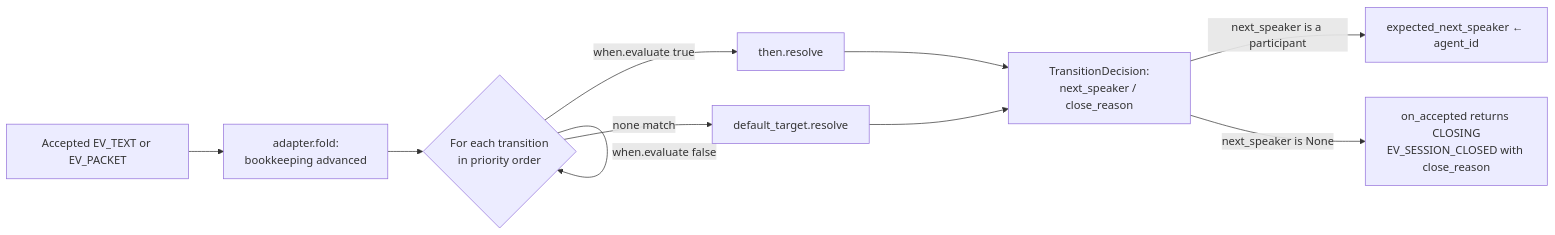
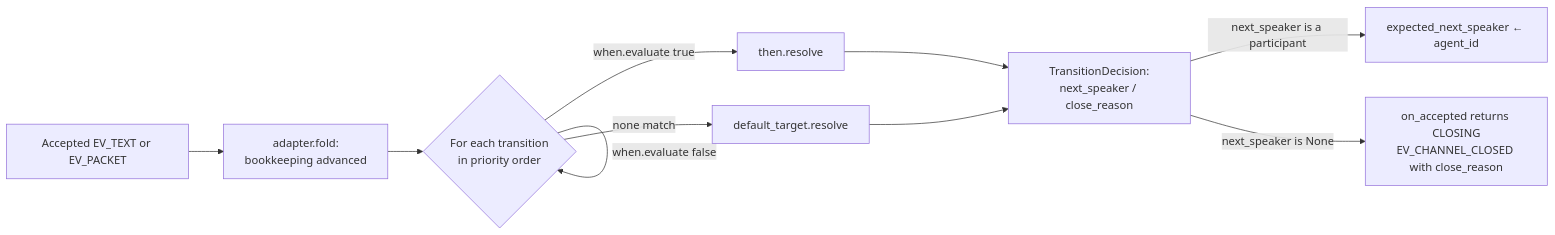
Before and after one commit to shaneholloman/ag2: the first of 2 diagrams in website/docs/beta/network/workflow.mdx, drawn with Mermaid. The commit also changed other lines of this file and 100 other files, not shown here.

````diff
--- a/website/docs/beta/network/workflow.mdx
+++ b/website/docs/beta/network/workflow.mdx
@@ -22,12 +22,12 @@
 ```mermaid
 flowchart LR
     Env[Accepted EV_TEXT or EV_PACKET] --> Fold[adapter.fold:<br/>bookkeeping advanced]
     Fold --> Iter{For each transition<br/>in priority order}
     Iter -->|when.evaluate true| Then[then.resolve]
     Iter -->|when.evaluate false| Iter
     Iter -->|none match| Default[default_target.resolve]
     Then --> Decision[TransitionDecision:<br/>next_speaker / close_reason]
     Default --> Decision
     Decision -->|next_speaker is a participant| Continue[expected_next_speaker ← agent_id]
-    Decision -->|next_speaker is None| Terminate[on_accepted returns CLOSING<br/>EV_SESSION_CLOSED with close_reason]
+    Decision -->|next_speaker is None| Terminate[on_accepted returns CLOSING<br/>EV_CHANNEL_CLOSED with close_reason]
 ```
````
